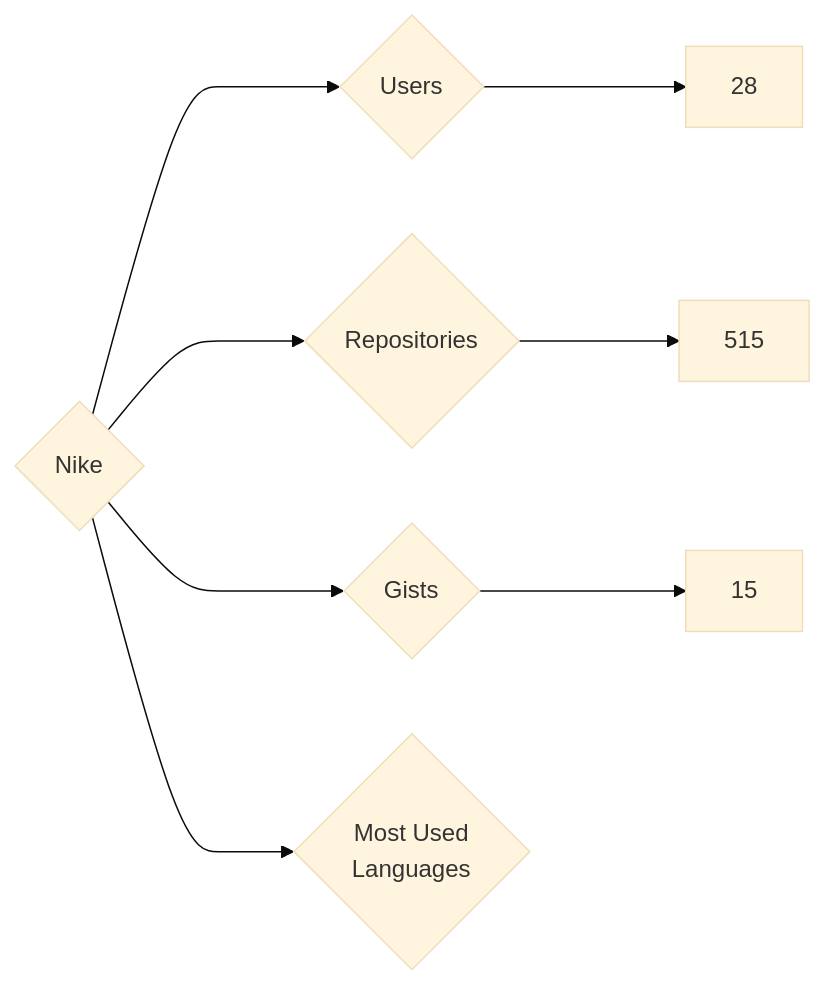
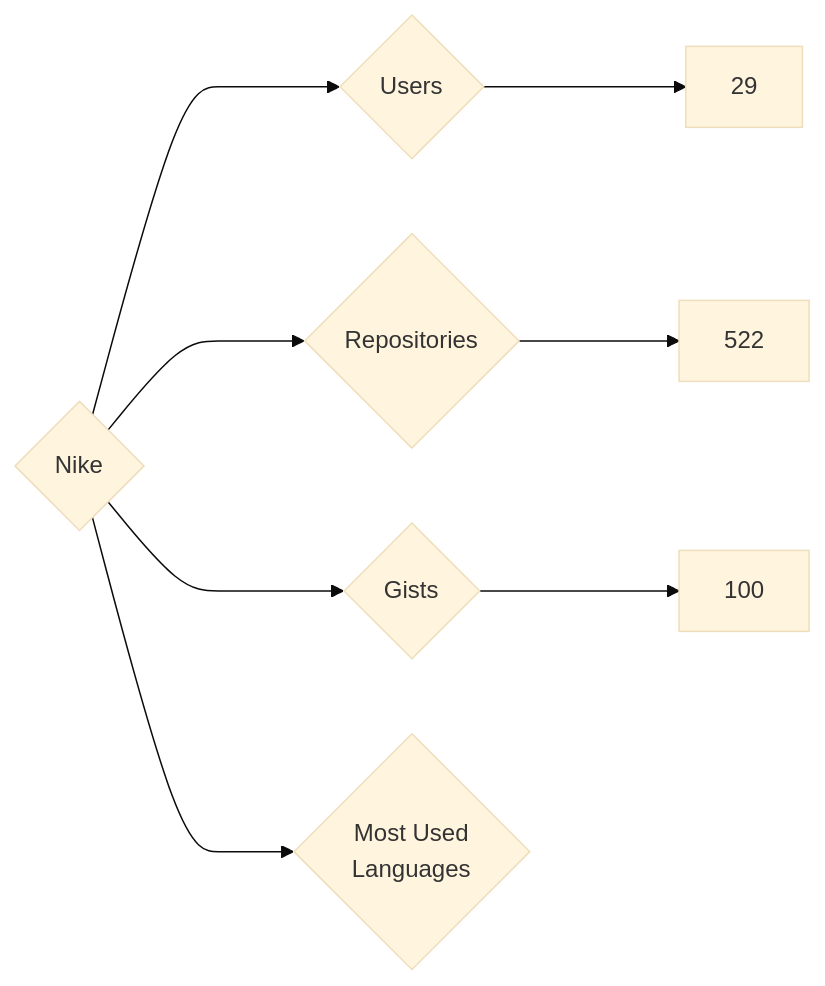
Before and after one commit to nenadzaric/insiders: the diagram in targets/Nike/README.md, drawn with Mermaid (base theme). The commit also changed 1342 other files, not shown here.

````diff
--- a/targets/Nike/README.md
+++ b/targets/Nike/README.md
@@ -3,8 +3,8 @@
 ```mermaid
 graph LR
 COMPANY_NAME{Nike}
-COMPANY_NAME ---> U{Users} ---> UN[28]
-COMPANY_NAME ---> R{Repositories} ---> RN[515]
-COMPANY_NAME ---> G{Gists} ---> GN[15]
+COMPANY_NAME ---> U{Users} ---> UN[29]
+COMPANY_NAME ---> R{Repositories} ---> RN[522]
+COMPANY_NAME ---> G{Gists} ---> GN[100]
 COMPANY_NAME ---> ML{Most Used<br>Languages}
 ```
````
